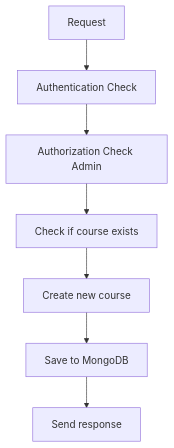
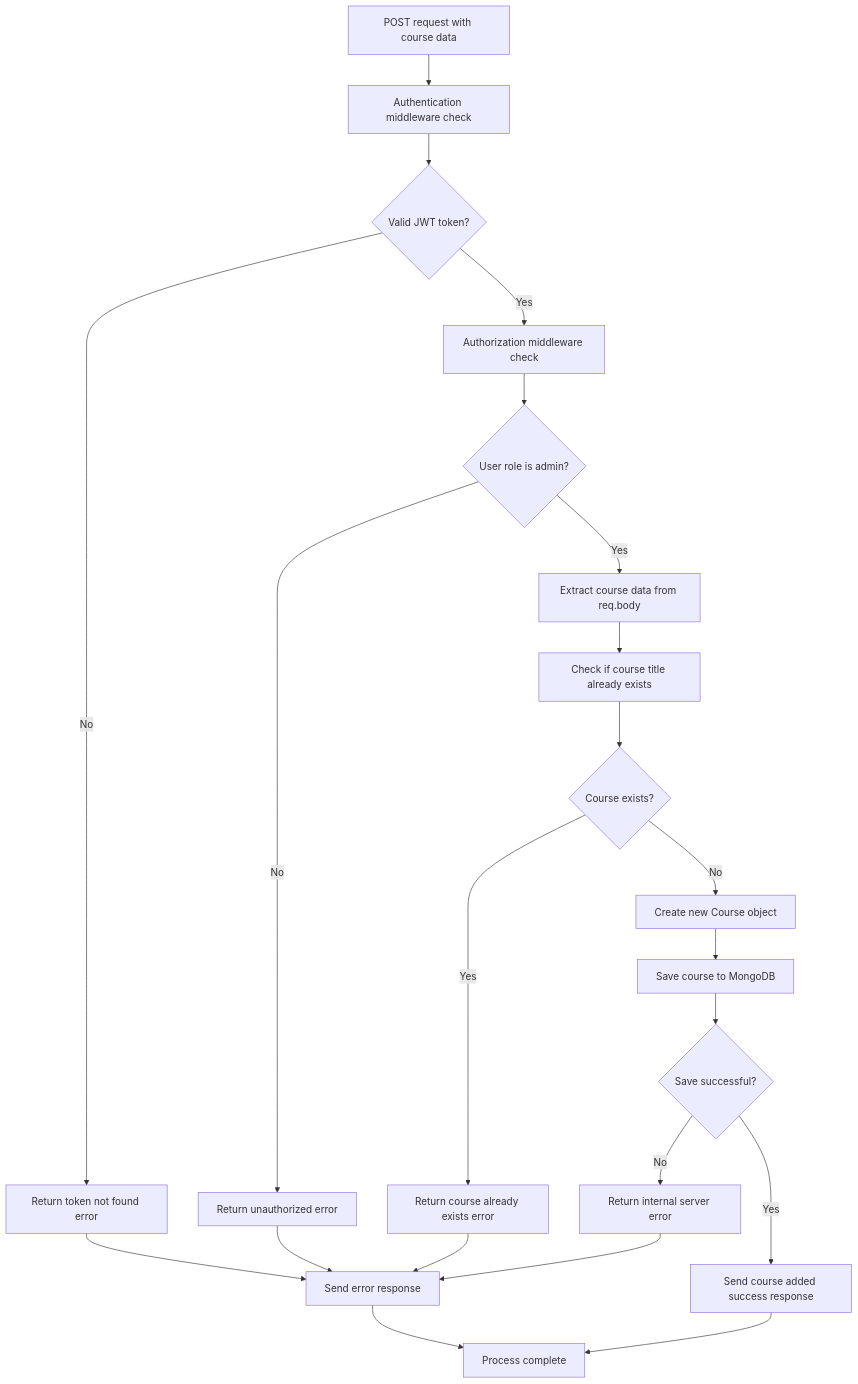
Before and after one commit to thehiten/node-js-code: the fifth of 11 diagrams in README.md, drawn with Mermaid. The commit also changed other lines of this file, not shown here.

Commit message:
update the readme file chart

````diff
--- a/README.md
+++ b/README.md
@@ -172,9 +207,24 @@
 ```mermaid
 graph TD
-    A[Request] --> B[Authentication Check]
-    B --> C[Authorization Check Admin]
-    C --> D[Check if course exists]
-    D --> E[Create new course]
-    E --> F[Save to MongoDB]
-    F --> G[Send response]
+    A[POST request with course data] --> B[Authentication middleware check]
+    B --> C{Valid JWT token?}
+    C -->|No| D[Return token not found error]
+    C -->|Yes| E[Authorization middleware check]
+    E --> F{User role is admin?}
+    F -->|No| G[Return unauthorized error]
+    F -->|Yes| H[Extract course data from req.body]
+    H --> I[Check if course title already exists]
+    I --> J{Course exists?}
+    J -->|Yes| K[Return course already exists error]
+    J -->|No| L[Create new Course object]
+    L --> M[Save course to MongoDB]
+    M --> N{Save successful?}
+    N -->|No| O[Return internal server error]
+    N -->|Yes| P[Send course added success response]
+    D --> Q[Send error response]
+    G --> Q
+    K --> Q
+    O --> Q
+    P --> R[Process complete]
+    Q --> R
 ```
````
